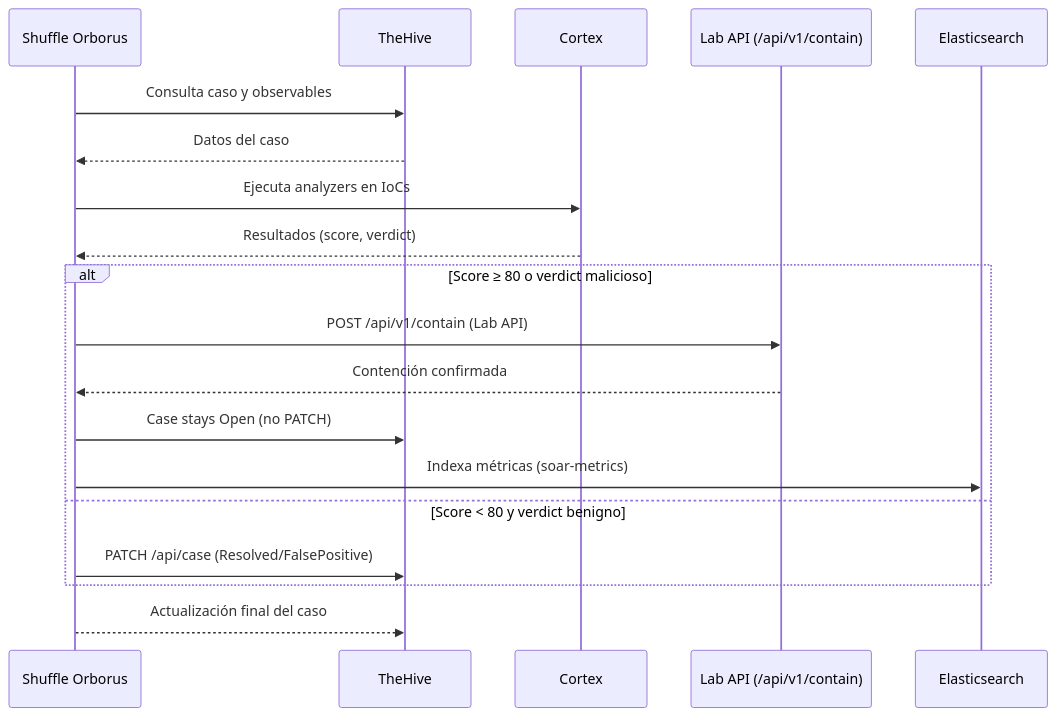
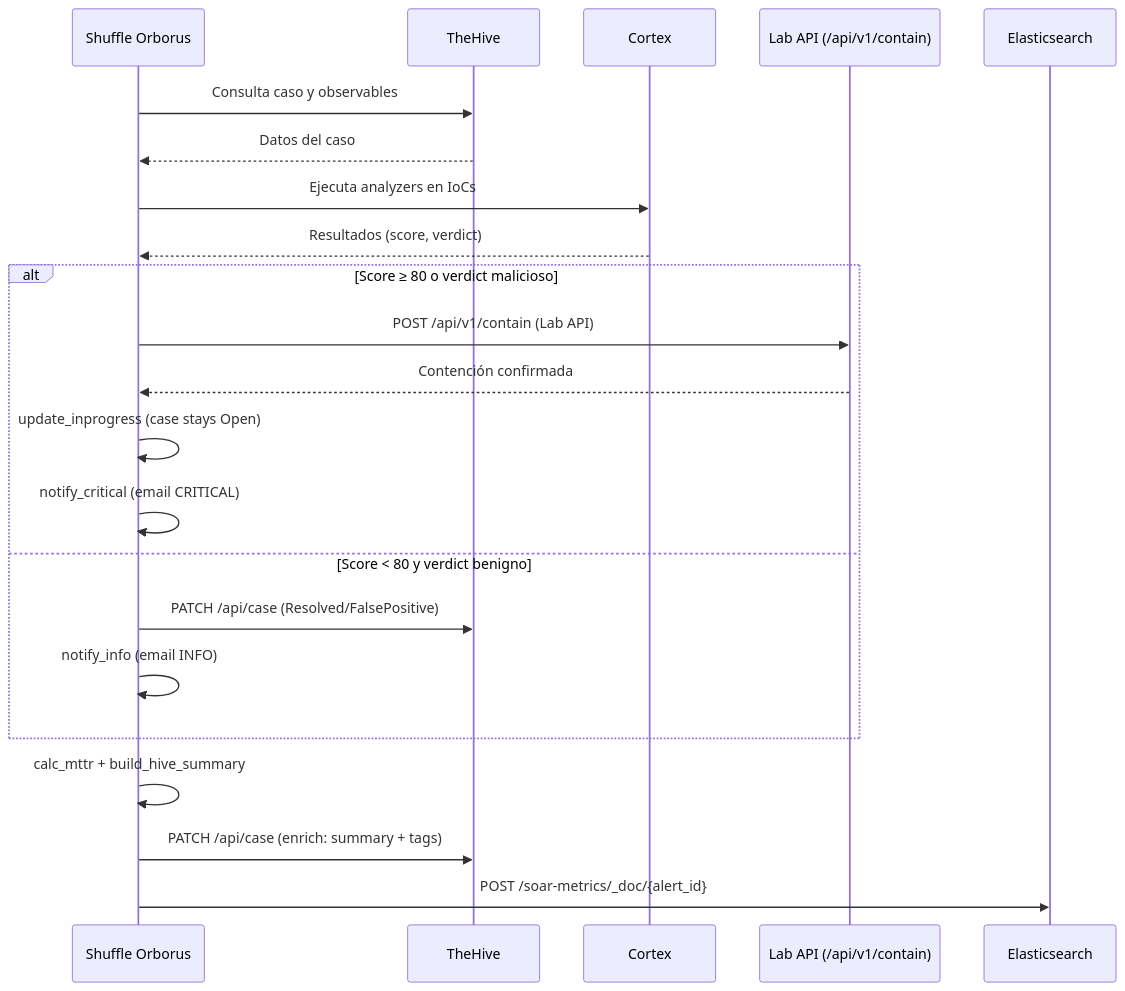
The seventh of 12 diagrams in docs/thesis/appendix_f.md (alesanfe/soar-ransomware-lab), drawn with Mermaid before and after one commit.

First paragraph of the commit message:
fix(thesis): Anexo F.7 - corrige respuesta automatizada contra workflow real
6 correcciones verificadas contra workflow_actions.py (build_branches),
containment.py, update_inprogress.py, notify_critical.py, notify_info.py
y mark_false_positive.py:

````diff
--- a/docs/thesis/appendix_f.md
+++ b/docs/thesis/appendix_f.md
@@ -319,22 +319,25 @@
 ```mermaid
 sequenceDiagram
  participant Shuffle as Shuffle Orborus
  participant TheHive as TheHive
  participant Cortex as Cortex
  participant API as Lab API (/api/v1/contain)
  participant ES as Elasticsearch
 
  Shuffle->>TheHive: Consulta caso y observables
  TheHive-->>Shuffle: Datos del caso
  Shuffle->>Cortex: Ejecuta analyzers en IoCs
  Cortex-->>Shuffle: Resultados (score, verdict)
  alt Score ≥ 80 o verdict malicioso
  Shuffle->>API: POST /api/v1/contain (Lab API)
  API-->>Shuffle: Contención confirmada
- Shuffle->>TheHive: Case stays Open (no PATCH)
- Shuffle->>ES: Indexa métricas (soar-metrics)
+ Shuffle->>Shuffle: update_inprogress (case stays Open)
+ Shuffle->>Shuffle: notify_critical (email CRITICAL)
  else Score < 80 y verdict benigno
  Shuffle->>TheHive: PATCH /api/case (Resolved/FalsePositive)
+ Shuffle->>Shuffle: notify_info (email INFO)
  end
- Shuffle-->>TheHive: Actualización final del caso
+ Shuffle->>Shuffle: calc_mttr + build_hive_summary
+ Shuffle->>TheHive: PATCH /api/case (enrich: summary + tags)
+ Shuffle->>ES: POST /soar-metrics/_doc/{alert_id}
 ```
````
